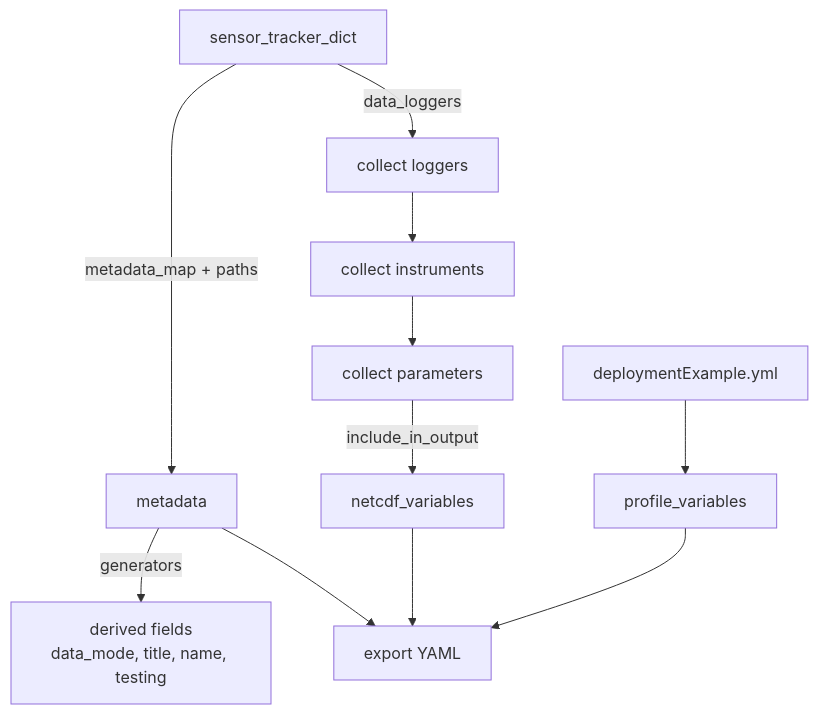
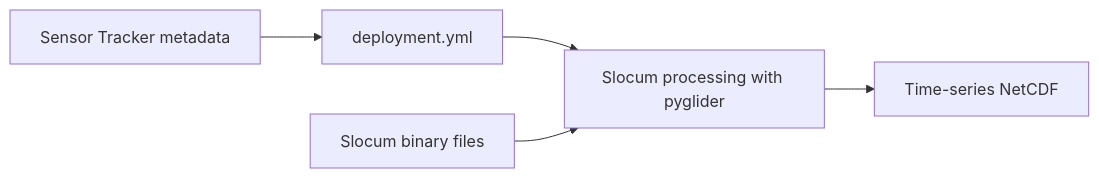
Before and after one commit to ocean-tracking-network/otn-glider-documentation: the diagram in docs/gdpv2/gdpv2.md, drawn with Mermaid. The commit also changed other lines of this file and 12 other files, not shown here.

````diff
--- a/docs/gdpv2/gdpv2.md
+++ b/docs/gdpv2/gdpv2.md
@@ -402,13 +7,7 @@
 ```mermaid
-flowchart TD
-    ST["sensor_tracker_dict"] -->|" metadata_map + paths "| M["metadata"]
-    ST -->|" data_loggers "| DL["collect loggers"]
-    DL --> INST["collect instruments"]
-    INST --> PAR["collect parameters"]
-    PAR -->|" include_in_output "| NV["netcdf_variables"]
-    M -->|" generators "| MG["derived fields<br/>data_mode, title, name, testing"]
-    EX["deploymentExample.yml"] --> PV["profile_variables"]
-    M --> Y["export YAML"]
-    NV --> Y
-    PV --> Y
+flowchart LR
+    ST["Sensor Tracker metadata"] --> YAML["deployment.yml"]
+    YAML --> PROCESS["Slocum processing with pyglider"]
+    RAW["Slocum binary files"] --> PROCESS
+    PROCESS --> NC["Time-series NetCDF"]
 ```
````
